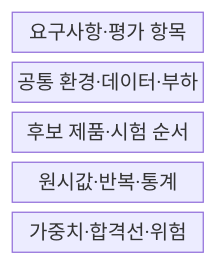
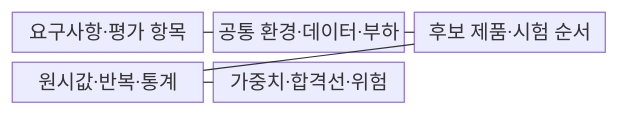
One commit to agnusdei1207/knowledge-base changed the first of 2 diagrams in src/content/docs/notes/06-evaluation/010_bmt_methodology.md. Above: the diagram before and after it, drawn with Mermaid. The commit also changed other lines of this file and 53 other files, not shown here.

````diff
--- a/src/content/docs/notes/06-evaluation/010_bmt_methodology.md
+++ b/src/content/docs/notes/06-evaluation/010_bmt_methodology.md
@@ -50,9 +50,13 @@
 ```mermaid
 block-beta
-  columns 1
+  columns 3
   R["요구사항·평가 항목"]
   B["공통 환경·데이터·부하"]
   C["후보 제품·시험 순서"]
   M["원시값·반복·통계"]
   S["가중치·합격선·위험"]
+  R --- B
+  B --- C
+  C --- M
+  M --- S
 ```
````
